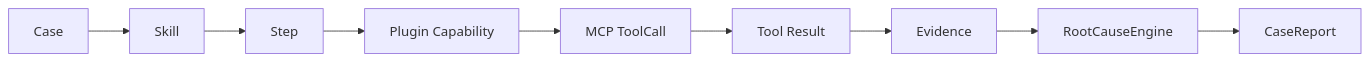
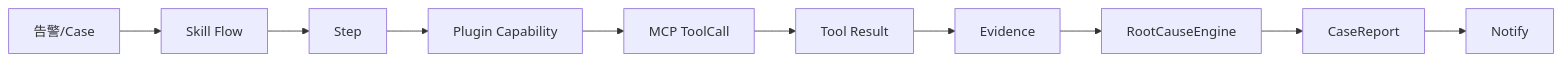
The diagram in README.md (iceycn/root-seeker-v2), drawn with Mermaid before and after one commit. The commit also changed other lines of this file, not shown here.

````diff
--- a/README.md
+++ b/README.md
@@ -206,11 +124,12 @@
 ```mermaid
 flowchart LR
-  A[Case] --> B[Skill]
+  A[告警/Case] --> B[Skill Flow]
   B --> C[Step]
   C --> D[Plugin Capability]
   D --> E[MCP ToolCall]
   E --> F[Tool Result]
   F --> G[Evidence]
   G --> H[RootCauseEngine]
   H --> I[CaseReport]
+  I --> J[Notify]
 ```
````
